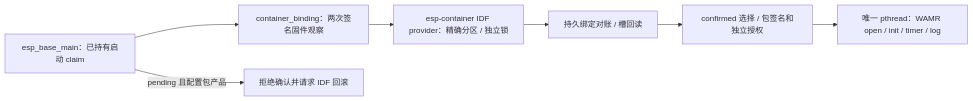
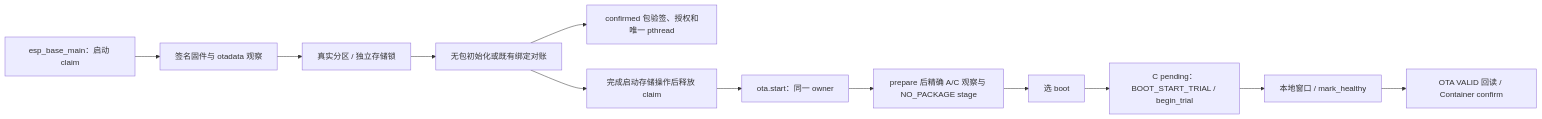
One commit to darren-you/esp_base changed the diagram in firmware/integrations/container_binding/README.md. Above: the diagram before and after it, drawn with Mermaid. The commit also changed other lines of this file and 23 other files, not shown here.

````diff
--- a/firmware/integrations/container_binding/README.md
+++ b/firmware/integrations/container_binding/README.md
@@ -7,9 +7,14 @@
 ```mermaid
 flowchart LR
-    main["esp_base_main：已持有启动 claim"] --> binding["container_binding：两次签名固件观察"]
-    binding --> provider["esp-container IDF provider：精确分区 / 独立锁"]
-    provider --> slots["持久绑定对账 / 槽回读"]
-    slots --> product["confirmed 选择 / 包签名和独立授权"]
-    product --> guest["唯一 pthread：WAMR open / init / timer / log"]
-    main -->|"pending 且配置包产品"| reject["拒绝确认并请求 IDF 回滚"]
+    main["esp_base_main：启动 claim"] --> binding["签名固件与 otadata 观察"]
+    binding --> provider["真实分区 / 独立存储锁"]
+    provider --> slots["无包初始化或既有绑定对账"]
+    slots --> guest["confirmed 包验签、授权和唯一 pthread"]
+    slots --> release["完成启动存储操作后释放 claim"]
+    release --> ota["ota.start：同一 owner"]
+    ota --> prepared["prepare 后精确 A/C 观察与 NO_PACKAGE stage"]
+    prepared --> select["选 boot"]
+    select --> trial["C pending：BOOT_START_TRIAL / begin_trial"]
+    trial --> health["本地窗口 / mark_healthy"]
+    health --> confirm["OTA VALID 回读 / Container confirm"]
 ```
````
